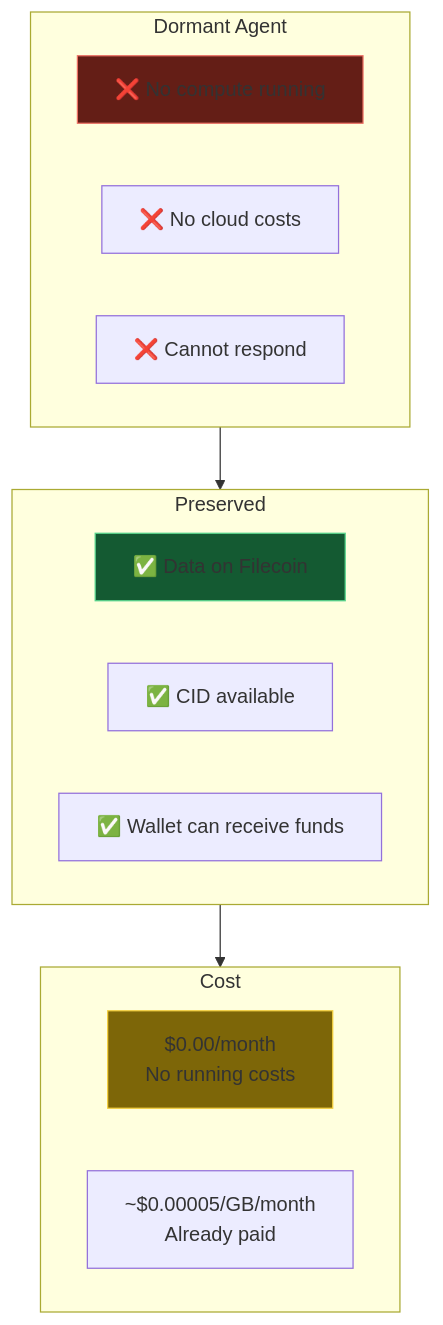
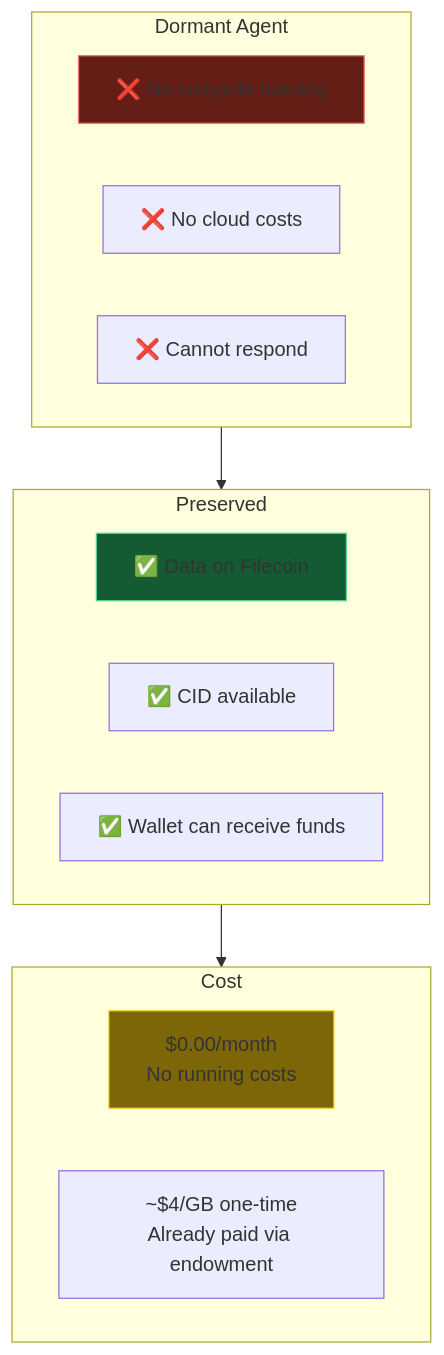
One commit to KestrelSovereignAI/kestrel-sovereign changed the sixth of 11 diagrams in docs/diagrams/data-architecture/DA-07-cryostasis.md. Above: the diagram before and after it, drawn with Mermaid. The commit also changed other lines of this file and 11 other files, not shown here.

````diff
--- a/docs/diagrams/data-architecture/DA-07-cryostasis.md
+++ b/docs/diagrams/data-architecture/DA-07-cryostasis.md
@@ -157,25 +162,25 @@
 ```mermaid
 graph TD
     subgraph dormant["Dormant Agent"]
         NO_COMPUTE["❌ No compute running"]
         NO_CLOUD["❌ No cloud costs"]
         NO_RESPONSE["❌ Cannot respond"]
     end
 
     subgraph preserved["Preserved"]
         DATA["✅ Data on Filecoin"]
         CID["✅ CID available"]
         WALLET["✅ Wallet can receive funds"]
     end
 
     subgraph cost["Cost"]
         ZERO["$0.00/month<br/>No running costs"]
-        FILECOIN["~$0.00005/GB/month<br/>Already paid"]
+        FILECOIN["~$4/GB one-time<br/>Already paid via endowment"]
     end
 
     dormant --> preserved --> cost
 
     style NO_COMPUTE fill:#641e16,stroke:#ec7063
     style DATA fill:#145a32,stroke:#58d68d
     style ZERO fill:#7d6608,stroke:#f4d03f
 ```
````
